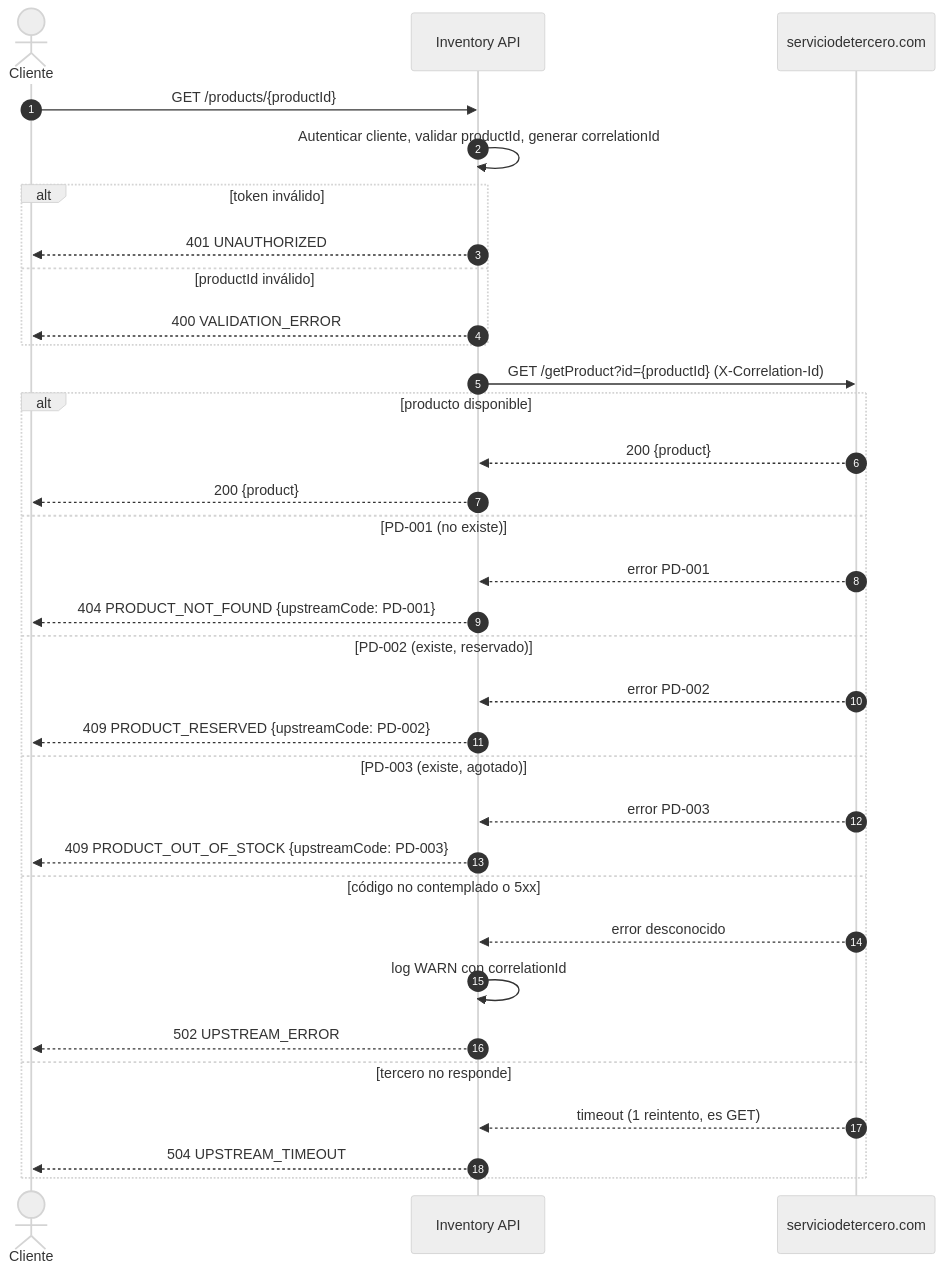
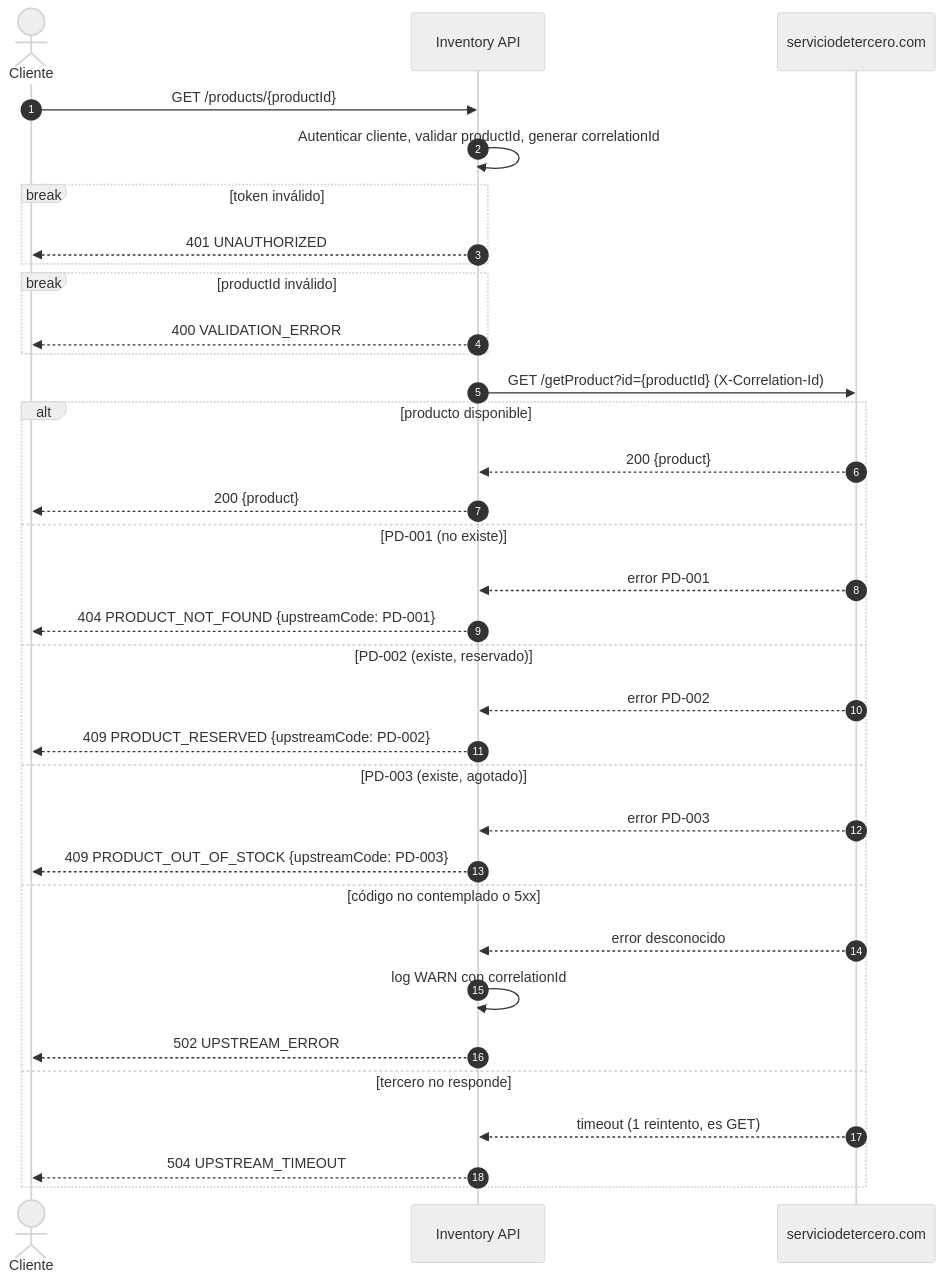
Before and after one commit to danisajuarez/toolbox-challenge: the second of 3 diagrams in 04-inventory-integration/dss.md, drawn with Mermaid (neutral theme). The commit also changed other lines of this file and 3 other files, not shown here.

Commit message:
fix(inventory): address review findings on schema, flow termination and write failure semantics

````diff
--- a/04-inventory-integration/dss.md
+++ b/04-inventory-integration/dss.md
@@ -57,37 +66,38 @@
 ```mermaid
 sequenceDiagram
     autonumber
     actor C as Cliente
     participant API as Inventory API
     participant T as serviciodetercero.com
 
     C->>API: GET /products/{productId}
     API->>API: Autenticar cliente, validar productId, generar correlationId
-    alt token inválido
+    break token inválido
         API-->>C: 401 UNAUTHORIZED
-    else productId inválido
+    end
+    break productId inválido
         API-->>C: 400 VALIDATION_ERROR
     end
 
     API->>T: GET /getProduct?id={productId} (X-Correlation-Id)
     alt producto disponible
         T-->>API: 200 {product}
         API-->>C: 200 {product}
     else PD-001 (no existe)
         T-->>API: error PD-001
         API-->>C: 404 PRODUCT_NOT_FOUND {upstreamCode: PD-001}
     else PD-002 (existe, reservado)
         T-->>API: error PD-002
         API-->>C: 409 PRODUCT_RESERVED {upstreamCode: PD-002}
     else PD-003 (existe, agotado)
         T-->>API: error PD-003
         API-->>C: 409 PRODUCT_OUT_OF_STOCK {upstreamCode: PD-003}
     else código no contemplado o 5xx
         T-->>API: error desconocido
         API->>API: log WARN con correlationId
         API-->>C: 502 UPSTREAM_ERROR
     else tercero no responde
         T-->>API: timeout (1 reintento, es GET)
         API-->>C: 504 UPSTREAM_TIMEOUT
     end
 ```
````
